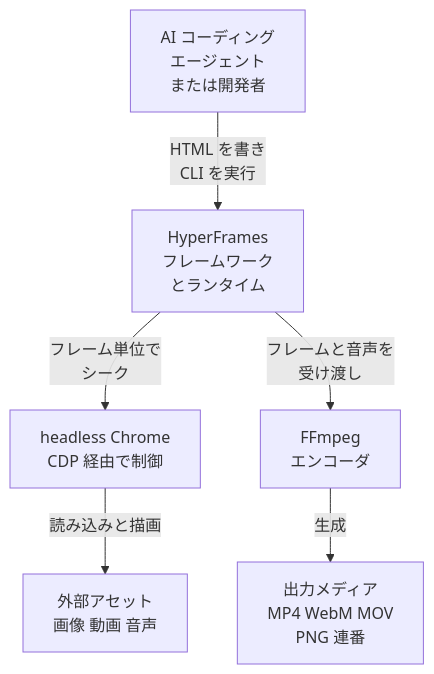
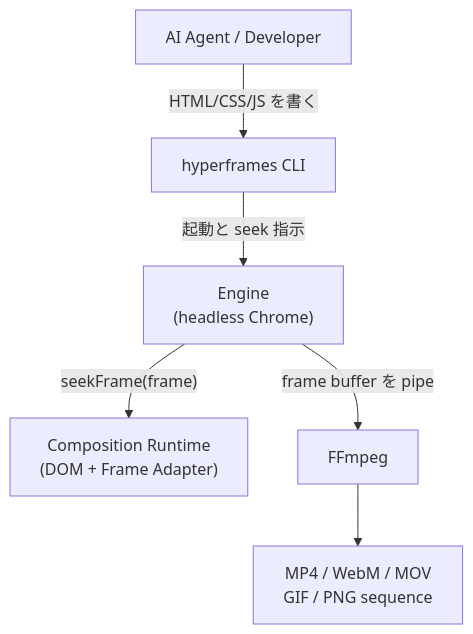
Before and after one commit to suwa-sh/zenn-contents: the first of 3 diagrams in articles/hyperframes-framework-runtime_20260727.md, drawn with Mermaid. The commit also changed other lines of this file, not shown here.

Commit message:
docs: update Zenn draft hyperframes-framework-runtime_20260727

````diff
--- a/articles/hyperframes-framework-runtime_20260727.md
+++ b/articles/hyperframes-framework-runtime_20260727.md
@@ -150,15 +77,15 @@
 ```mermaid
 graph TD
-    user["AI コーディング<br/>エージェント<br/>または開発者"]
-    hyperframes["HyperFrames<br/>フレームワーク<br/>とランタイム"]
-    browser["headless Chrome<br/>CDP 経由で制御"]
-    ffmpeg["FFmpeg<br/>エンコーダ"]
-    assets["外部アセット<br/>画像 動画 音声"]
-    output["出力メディア<br/>MP4 WebM MOV<br/>PNG 連番"]
+    author["AI Agent / Developer"]
+    cli["hyperframes CLI"]
+    engine["Engine<br/>(headless Chrome)"]
+    runtime["Composition Runtime<br/>(DOM + Frame Adapter)"]
+    ffmpeg["FFmpeg"]
+    out["MP4 / WebM / MOV<br/>GIF / PNG sequence"]
 
-    user -->|"HTML を書き<br/>CLI を実行"| hyperframes
-    hyperframes -->|"フレーム単位で<br/>シーク"| browser
-    hyperframes -->|"フレームと音声を<br/>受け渡し"| ffmpeg
-    browser -->|"読み込みと描画"| assets
-    ffmpeg -->|"生成"| output
+    author -- "HTML/CSS/JS を書く" --> cli
+    cli -- "起動と seek 指示" --> engine
+    engine -- "seekFrame(frame)" --> runtime
+    engine -- "frame buffer を pipe" --> ffmpeg
+    ffmpeg --> out
 ```
````
